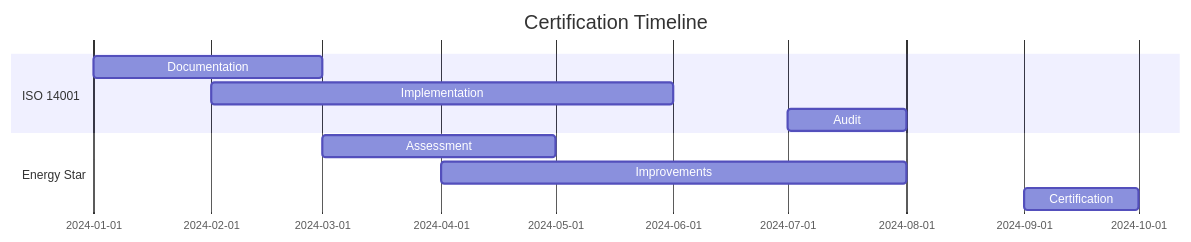
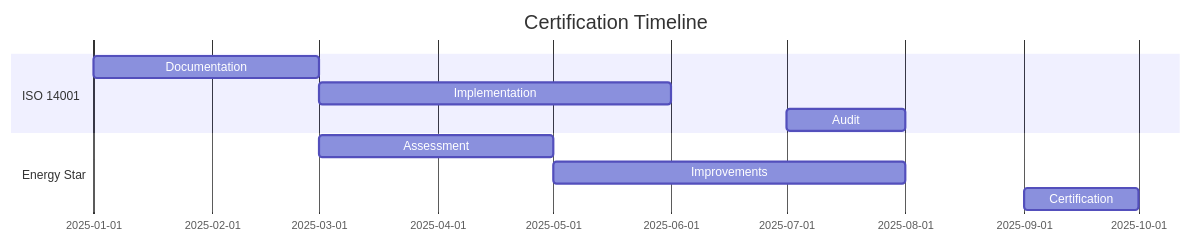
Before and after one commit to Vortx-AI/synthetic-satellite: the fifth of 8 diagrams in docs/sustainability/compliance.md, drawn with Mermaid. The commit also changed other lines of this file, not shown here.

````diff
--- a/docs/sustainability/compliance.md
+++ b/docs/sustainability/compliance.md
@@ -117,13 +112,13 @@
 ```mermaid
 gantt
     title Certification Timeline
     dateFormat YYYY-MM
     section ISO 14001
-    Documentation    :2024-01, 2024-03
-    Implementation   :2024-02, 2024-06
-    Audit           :2024-07, 2024-08
+    Documentation    :2025-01, 2025-03
+    Implementation   :2025-03, 2025-06
+    Audit           :2025-07, 2025-08
     section Energy Star
-    Assessment      :2024-03, 2024-05
-    Improvements    :2024-04, 2024-08
-    Certification   :2024-09, 2024-10
+    Assessment      :2025-03, 2025-05
+    Improvements    :2025-05, 2025-08
+    Certification   :2025-09, 2025-10
 ```
````
